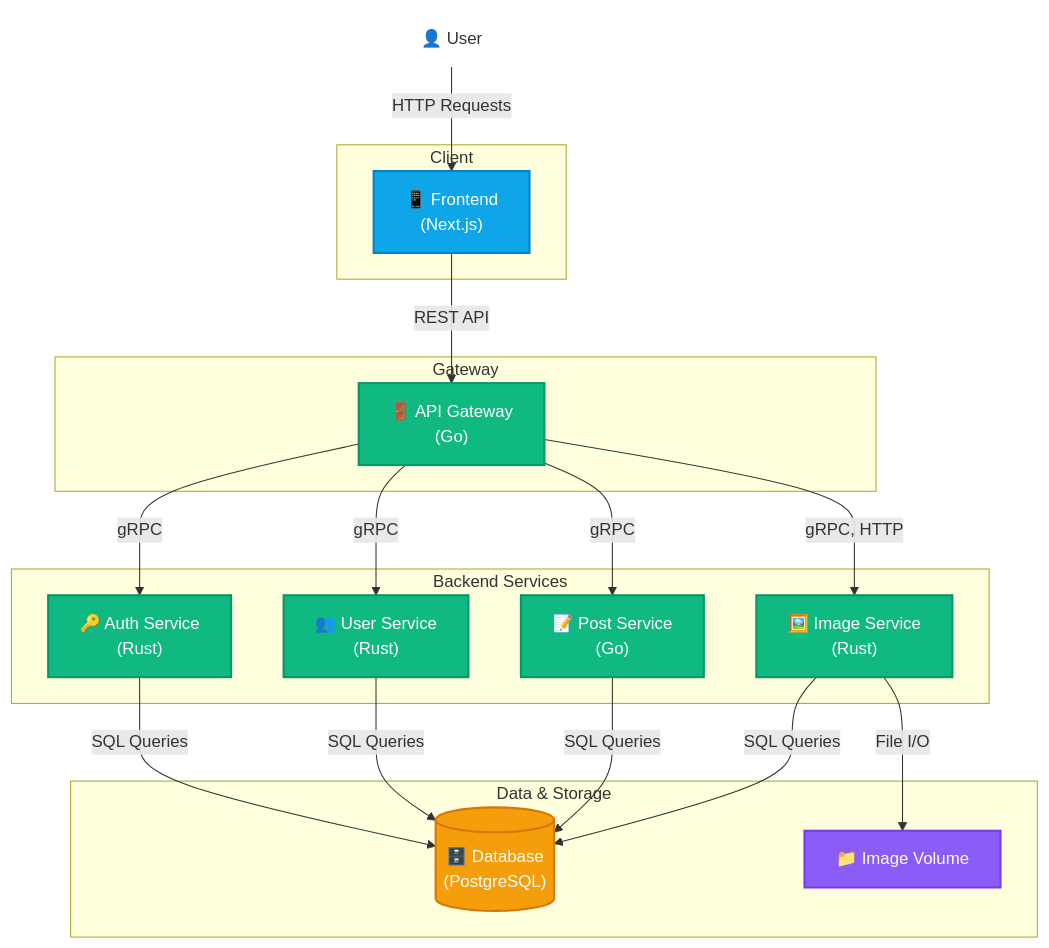
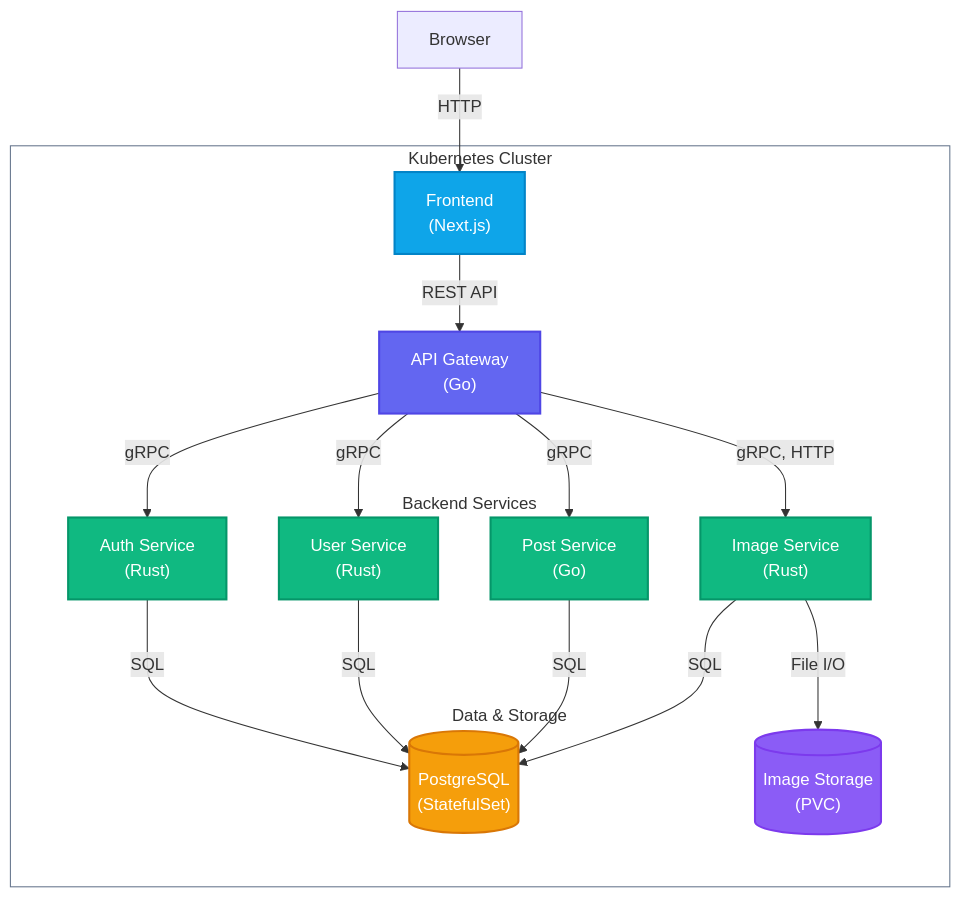
Before and after one commit to robbdimitrov/cogito: the diagram in README.md, drawn with Mermaid.

Commit message:
Refine architecture diagram

````diff
--- a/README.md
+++ b/README.md
@@ -16,42 +16,44 @@
 ```mermaid
 graph TD
-    classDef user fill:transparent,stroke:transparent
-    classDef frontend fill:#0ea5e9,stroke:#0284c7,stroke-width:2px,color:#fff
-    classDef backend fill:#10b981,stroke:#059669,stroke-width:2px,color:#fff
-    classDef database fill:#f59e0b,stroke:#d97706,stroke-width:2px,color:#fff
-    classDef storage fill:#8b5cf6,stroke:#7c3aed,stroke-width:2px,color:#fff
+    Browser["Browser"]
 
-    User["👤 User"]:::user
+    subgraph cluster ["Kubernetes Cluster"]
+        Web["Frontend<br>(Next.js)"]:::frontend
+        API["API Gateway<br>(Go)"]:::gateway
 
-    subgraph Client ["Client"]
-        Web["📱 Frontend<br/>(Next.js)"]:::frontend
+        subgraph services ["Backend Services"]
+            Auth["Auth Service<br>(Rust)"]:::service
+            Users["User Service<br>(Rust)"]:::service
+            Posts["Post Service<br>(Go)"]:::service
+            Images["Image Service<br>(Rust)"]:::service
+        end
+
+        subgraph data ["Data & Storage"]
+            DB[("PostgreSQL<br>(StatefulSet)")]:::database
+            Vol[("Image Storage<br>(PVC)")]:::storage
+        end
     end
 
-    subgraph Gateway ["Gateway"]
-        API["🚪 API Gateway<br/>(Go)"]:::backend
-    end
-
-    subgraph Services ["Backend Services"]
-        Auth["🔑 Auth Service<br/>(Rust)"]:::backend
-        Users["👥 User Service<br/>(Rust)"]:::backend
-        Posts["📝 Post Service<br/>(Go)"]:::backend
-        Images["🖼️ Image Service<br/>(Rust)"]:::backend
-    end
-
-    subgraph Data ["Data & Storage"]
-        DB[("🗄️ Database<br/>(PostgreSQL)")]:::database
-        Vol["📁 Image Volume"]:::storage
-    end
-
-    User -->|HTTP Requests| Web
+    Browser -->|HTTP| Web
     Web -->|REST API| API
     API -->|gRPC| Auth
     API -->|gRPC| Users
     API -->|gRPC| Posts
     API -->|gRPC, HTTP| Images
-    Auth -->|SQL Queries| DB
-    Users -->|SQL Queries| DB
-    Posts -->|SQL Queries| DB
-    Images -->|SQL Queries| DB
+
+    Auth -->|SQL| DB
+    Users -->|SQL| DB
+    Posts -->|SQL| DB
+    Images -->|SQL| DB
     Images -->|File I/O| Vol
+
+    classDef frontend fill:#0ea5e9,stroke:#0284c7,stroke-width:2px,color:#fff
+    classDef gateway fill:#6366f1,stroke:#4f46e5,stroke-width:2px,color:#fff
+    classDef service fill:#10b981,stroke:#059669,stroke-width:2px,color:#fff
+    classDef database fill:#f59e0b,stroke:#d97706,stroke-width:2px,color:#fff
+    classDef storage fill:#8b5cf6,stroke:#7c3aed,stroke-width:2px,color:#fff
+
+    style cluster fill:transparent,stroke:#64748b
+    style services fill:transparent,stroke:transparent
+    style data fill:transparent,stroke:transparent
 ```
````
